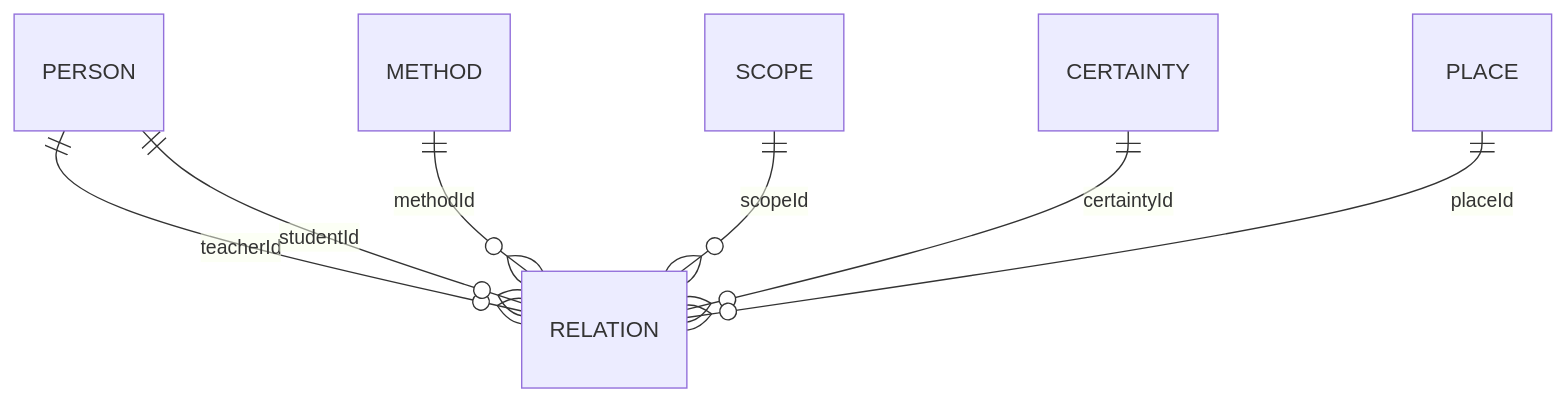
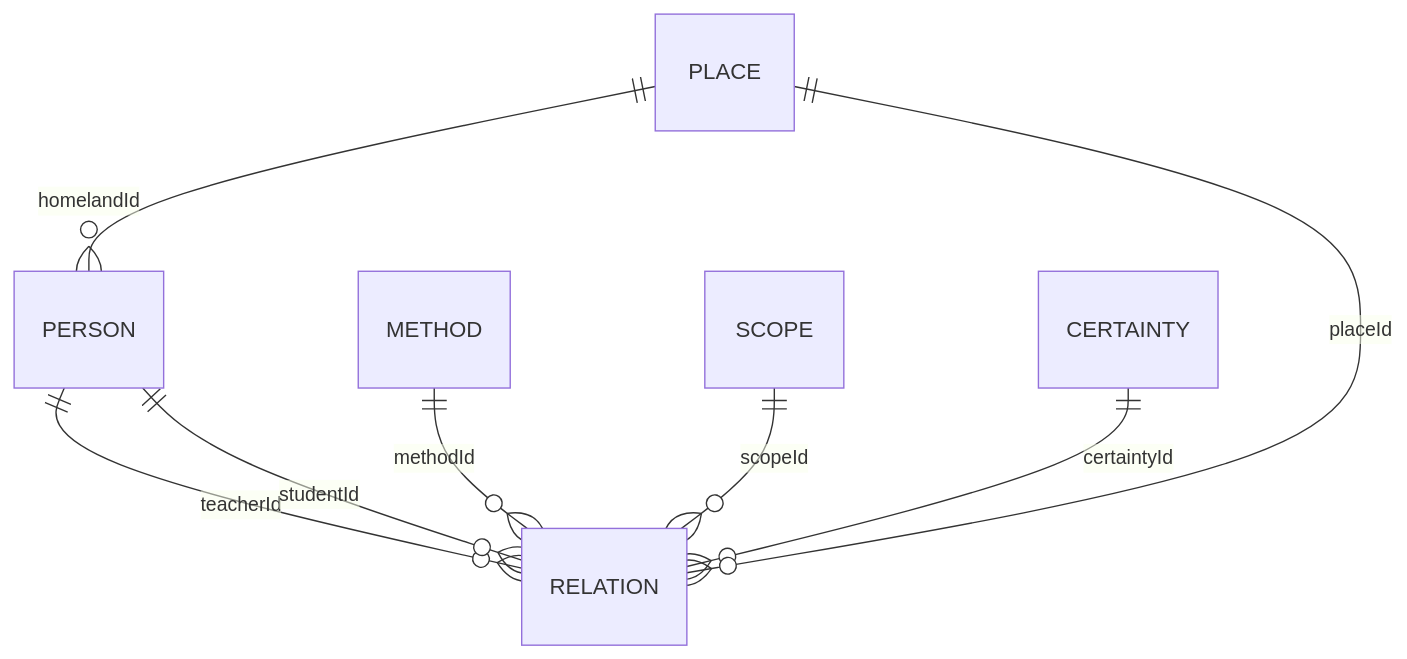
The diagram in docs/business/entity-model.md (Abdullah-Koroglu/kia-app), drawn with Mermaid before and after one commit. The commit also changed other lines of this file and 21 other files, not shown here.

````diff
--- a/docs/business/entity-model.md
+++ b/docs/business/entity-model.md
@@ -167,9 +171,10 @@
 ```mermaid
 erDiagram
     PERSON ||--o{ RELATION : "teacherId"
     PERSON ||--o{ RELATION : "studentId"
     METHOD ||--o{ RELATION : "methodId"
     SCOPE ||--o{ RELATION : "scopeId"
     CERTAINTY ||--o{ RELATION : "certaintyId"
     PLACE ||--o{ RELATION : "placeId"
+    PLACE ||--o{ PERSON : "homelandId"
 ```
````
